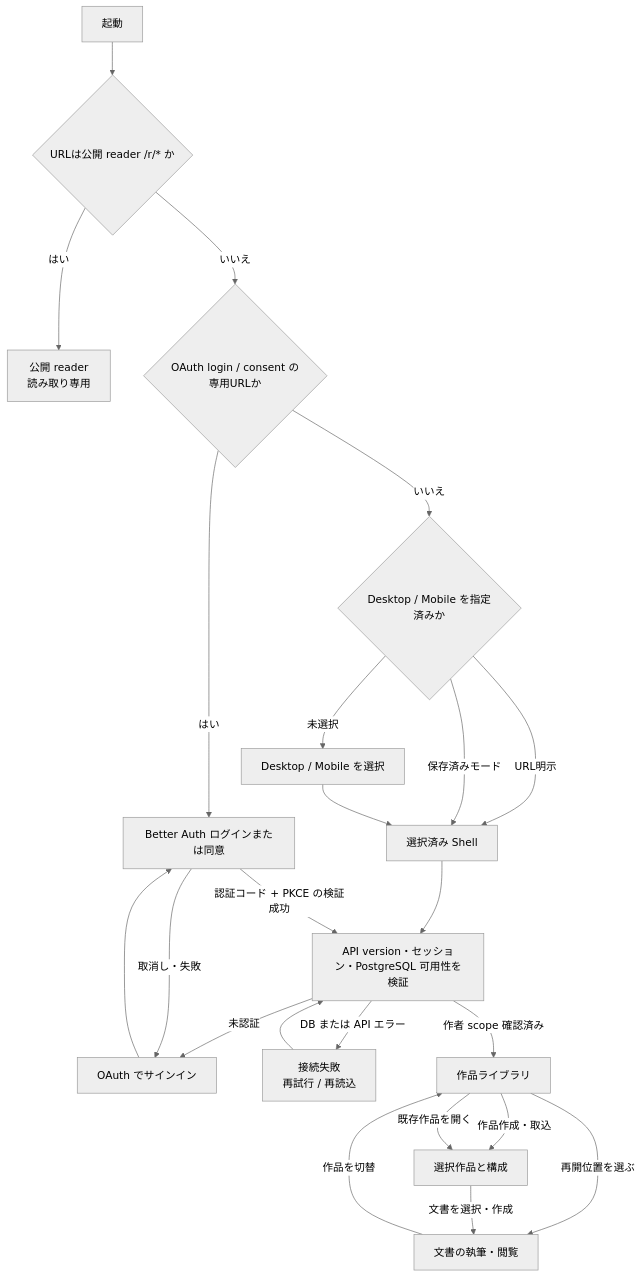
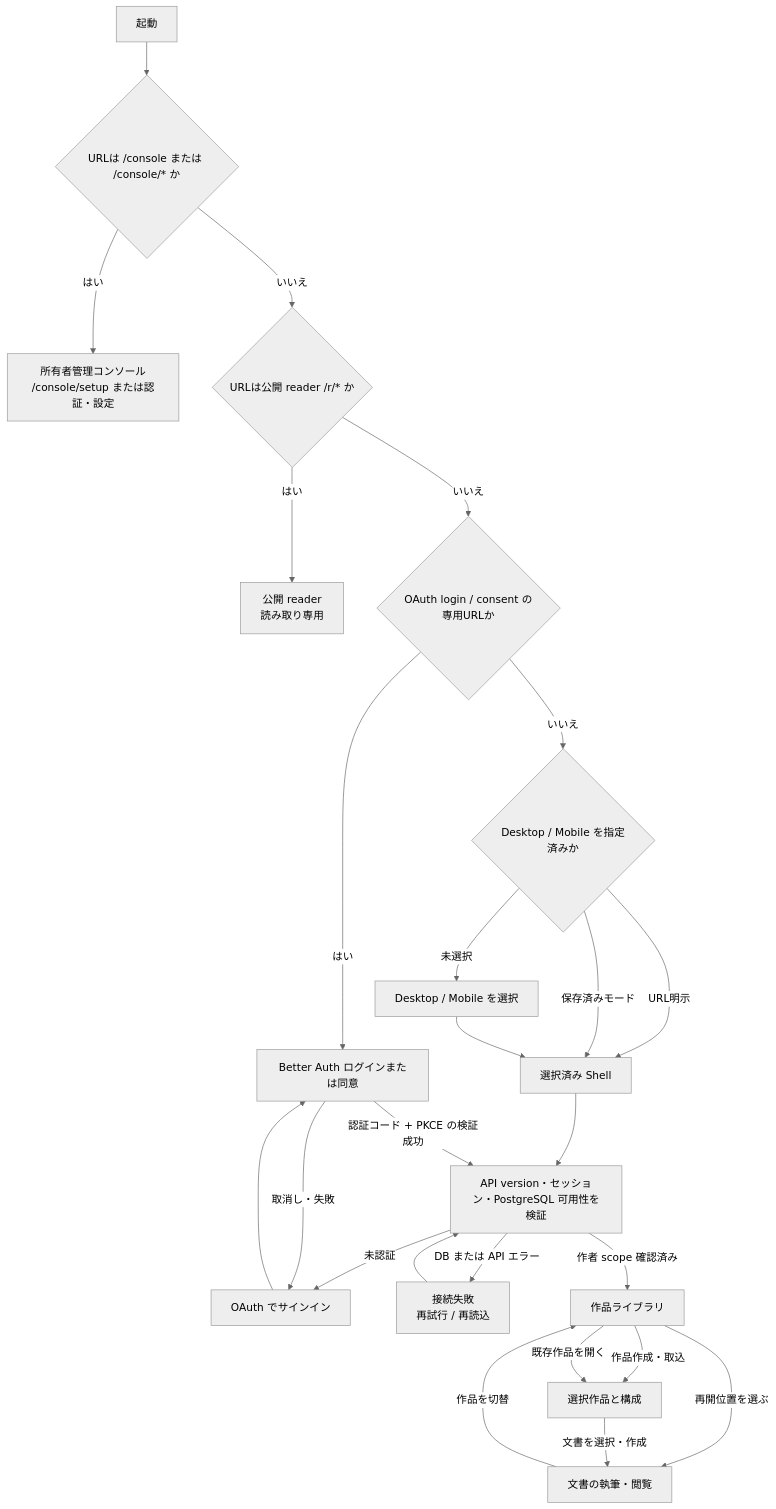
The first of 4 diagrams in docs/design/USER-SCREEN-FLOW.md (yohn-jp/codexia), drawn with Mermaid (neutral theme) before and after one commit. The commit also changed other lines of this file, not shown here.

Commit message:
docs: route console deep links before author shell selection

````diff
--- a/docs/design/USER-SCREEN-FLOW.md
+++ b/docs/design/USER-SCREEN-FLOW.md
@@ -9,25 +9,27 @@
 ```mermaid
 flowchart TD
-    START["起動"] --> PATH{"URLは公開 reader /r/* か"}
+    START["起動"] --> CONSOLE{"URLは /console または /console/* か"}
+    CONSOLE -->|はい| ADMIN["所有者管理コンソール<br/>/console/setup または認証・設定"]
+    CONSOLE -->|いいえ| PATH{"URLは公開 reader /r/* か"}
     PATH -->|はい| READER["公開 reader<br/>読み取り専用"]
     PATH -->|いいえ| OAUTH_PAGE{"OAuth login / consent の専用URLか"}
     OAUTH_PAGE -->|はい| OA["Better Auth ログインまたは同意"]
     OAUTH_PAGE -->|いいえ| MODE{"Desktop / Mobile を指定済みか"}
     MODE -->|URL明示| ENTRY["選択済み Shell"]
     MODE -->|保存済みモード| ENTRY
     MODE -->|未選択| CHOOSER["Desktop / Mobile を選択"]
     CHOOSER --> ENTRY
     ENTRY --> CHECK["API version・セッション・PostgreSQL 可用性を検証"]
     CHECK -->|未認証| LOGIN["OAuth でサインイン"]
     LOGIN --> OA
     OA -->|認証コード + PKCE の検証成功| CHECK
     OA -->|取消し・失敗| LOGIN
     CHECK -->|DB または API エラー| FAIL["接続失敗<br/>再試行 / 再読込"]
     FAIL --> CHECK
     CHECK -->|作者 scope 確認済み| LIB["作品ライブラリ"]
     LIB -->|作品作成・取込| PROJ["選択作品と構成"]
     LIB -->|既存作品を開く| PROJ
     LIB -->|再開位置を選ぶ| WRITING["文書の執筆・閲覧"]
     PROJ -->|文書を選択・作成| WRITING
     WRITING -->|作品を切替| LIB
 ```
````
